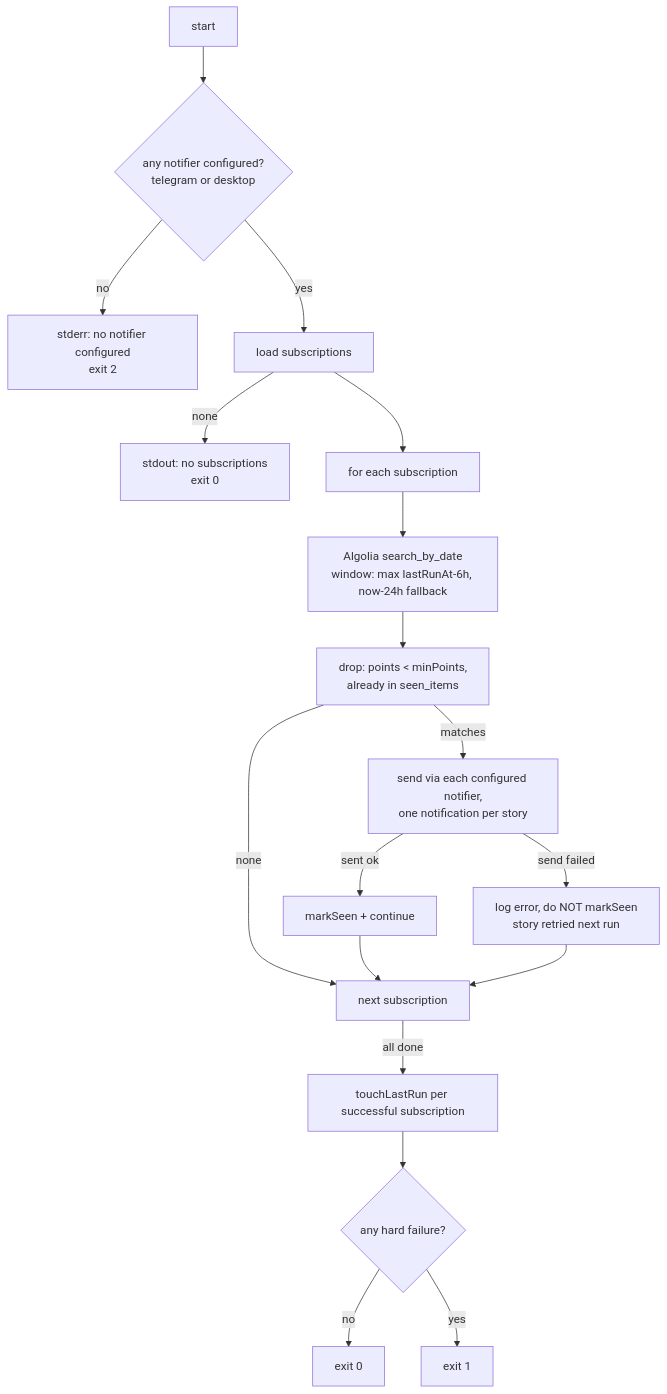
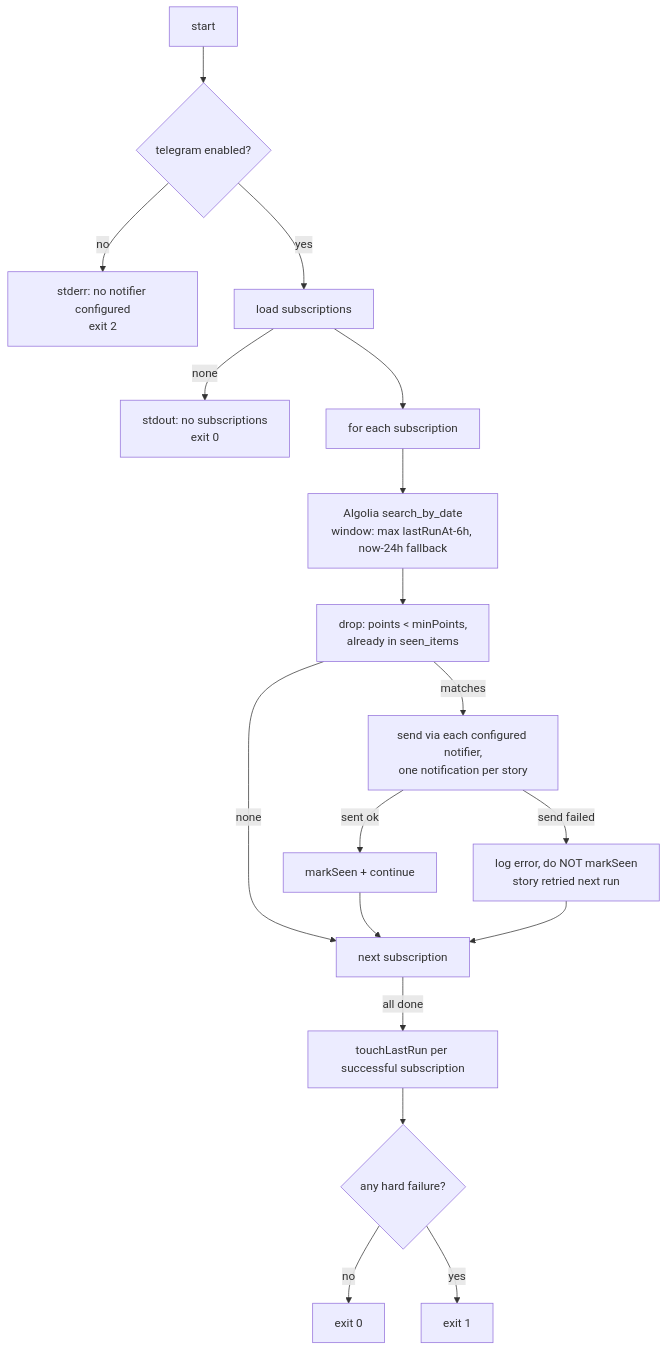
One commit to navinrc/hn-bits changed the diagram in specs/v3/03-watcher.md. Above: the diagram before and after it, drawn with Mermaid. The commit also changed other lines of this file and 11 other files, not shown here.

````diff
--- a/specs/v3/03-watcher.md
+++ b/specs/v3/03-watcher.md
@@ -17,20 +17,20 @@
 ```mermaid
 flowchart TD
-    S[start] --> CFG{any notifier configured?<br/>telegram or desktop}
+    S[start] --> CFG{telegram enabled?}
     CFG -->|no| E1[stderr: no notifier configured<br/>exit 2]
     CFG -->|yes| SUBS[load subscriptions]
     SUBS -->|none| E0[stdout: no subscriptions<br/>exit 0]
     SUBS --> LOOP[for each subscription]
     LOOP --> Q[Algolia search_by_date<br/>window: max lastRunAt-6h, now-24h fallback]
     Q --> FIL[drop: points < minPoints,<br/>already in seen_items]
     FIL -->|matches| N[send via each configured notifier,<br/>one notification per story]
     N -->|sent ok| MARK[markSeen + continue]
     N -->|send failed| SKIP[log error, do NOT markSeen<br/>story retried next run]
     FIL -->|none| NEXT[next subscription]
     MARK --> NEXT
     SKIP --> NEXT
     NEXT -->|all done| TOUCH[touchLastRun per successful subscription]
     TOUCH --> EXIT{any hard failure?}
     EXIT -->|no| X0[exit 0]
     EXIT -->|yes| X1[exit 1]
 ```
````
